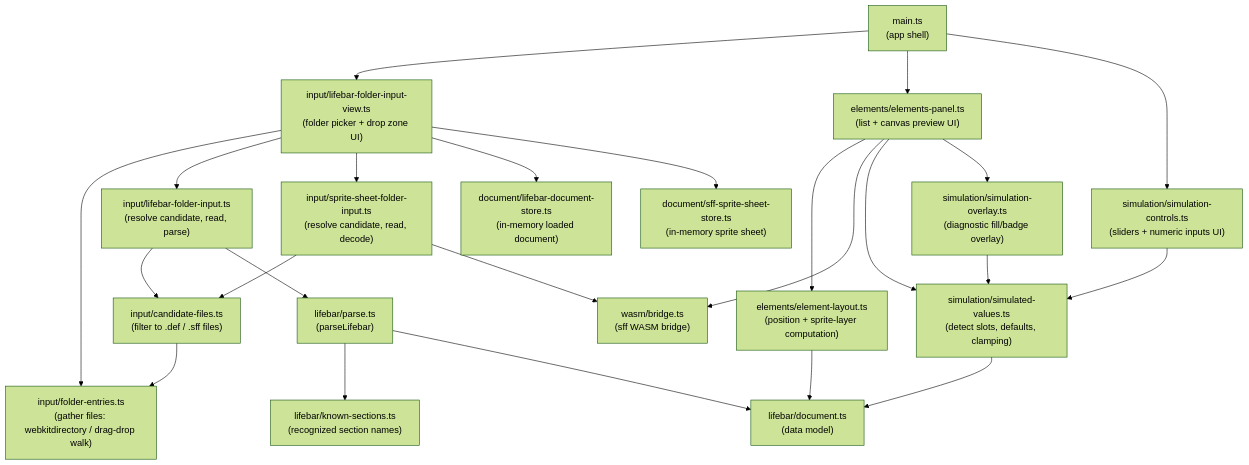
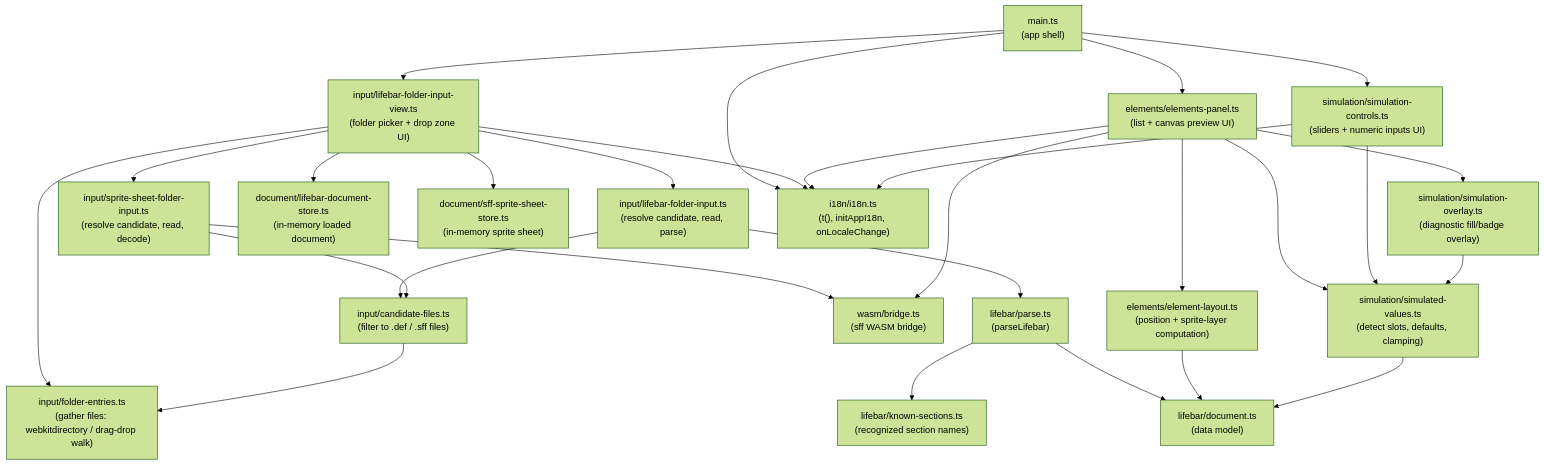
The first of 3 diagrams in docs/architecture.md (openkakutou/lifebar-viewer-web), drawn with Mermaid (forest theme) before and after one commit. The commit also changed other lines of this file and 26 other files, not shown here.

````diff
--- a/docs/architecture.md
+++ b/docs/architecture.md
@@ -7,44 +7,49 @@
 ```mermaid
 flowchart TD
     view["input/lifebar-folder-input-view.ts\n(folder picker + drop zone UI)"]
     entries["input/folder-entries.ts\n(gather files: webkitdirectory / drag-drop walk)"]
     candidates["input/candidate-files.ts\n(filter to .def / .sff files)"]
     orchestration["input/lifebar-folder-input.ts\n(resolve candidate, read, parse)"]
     sheetOrchestration["input/sprite-sheet-folder-input.ts\n(resolve candidate, read, decode)"]
     parse["lifebar/parse.ts\n(parseLifebar)"]
     known["lifebar/known-sections.ts\n(recognized section names)"]
     document["lifebar/document.ts\n(data model)"]
     store["document/lifebar-document-store.ts\n(in-memory loaded document)"]
     sheetStore["document/sff-sprite-sheet-store.ts\n(in-memory sprite sheet)"]
     wasm["wasm/bridge.ts\n(sff WASM bridge)"]
     layout["elements/element-layout.ts\n(position + sprite-layer computation)"]
     panel["elements/elements-panel.ts\n(list + canvas preview UI)"]
     simValues["simulation/simulated-values.ts\n(detect slots, defaults, clamping)"]
     simControls["simulation/simulation-controls.ts\n(sliders + numeric inputs UI)"]
     simOverlay["simulation/simulation-overlay.ts\n(diagnostic fill/badge overlay)"]
+    i18n["i18n/i18n.ts\n(t(), initAppI18n, onLocaleChange)"]
     main["main.ts\n(app shell)"]
 
     main --> view
     main --> panel
     main --> simControls
+    main --> i18n
+    view --> i18n
+    panel --> i18n
+    simControls --> i18n
     view --> entries
     view --> orchestration
     view --> sheetOrchestration
     orchestration --> candidates
     sheetOrchestration --> candidates
     candidates --> entries
     orchestration --> parse
     parse --> known
     parse --> document
     sheetOrchestration --> wasm
     view --> store
     view --> sheetStore
     panel --> layout
     panel --> wasm
     panel --> simValues
     panel --> simOverlay
     layout --> document
     simControls --> simValues
     simOverlay --> simValues
     simValues --> document
 ```
````
